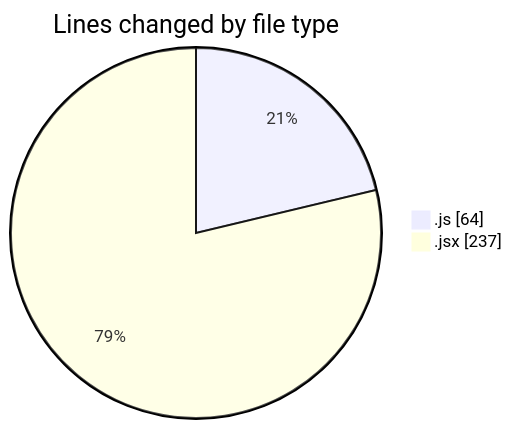
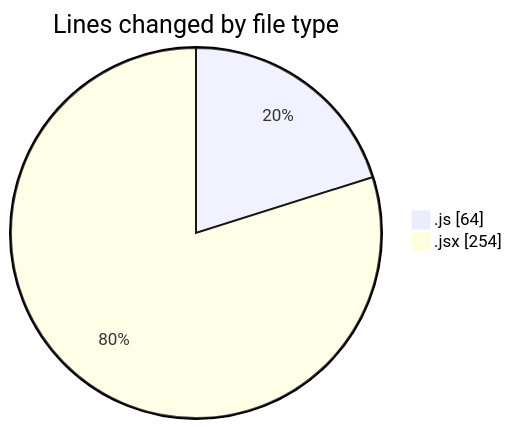
One commit to Ritupan-Deka/code-tracking changed the first of 2 diagrams in 2025-06-02/projects/README.md. Above: the diagram before and after it, drawn with Mermaid. The commit also changed other lines of this file and 1 other file, not shown here.

````diff
--- a/2025-06-02/projects/README.md
+++ b/2025-06-02/projects/README.md
@@ -23,6 +24,6 @@
 ```mermaid
 pie showData
 title Lines changed by file type
 ".js" : 64
-".jsx" : 237
+".jsx" : 254
 ```
````
